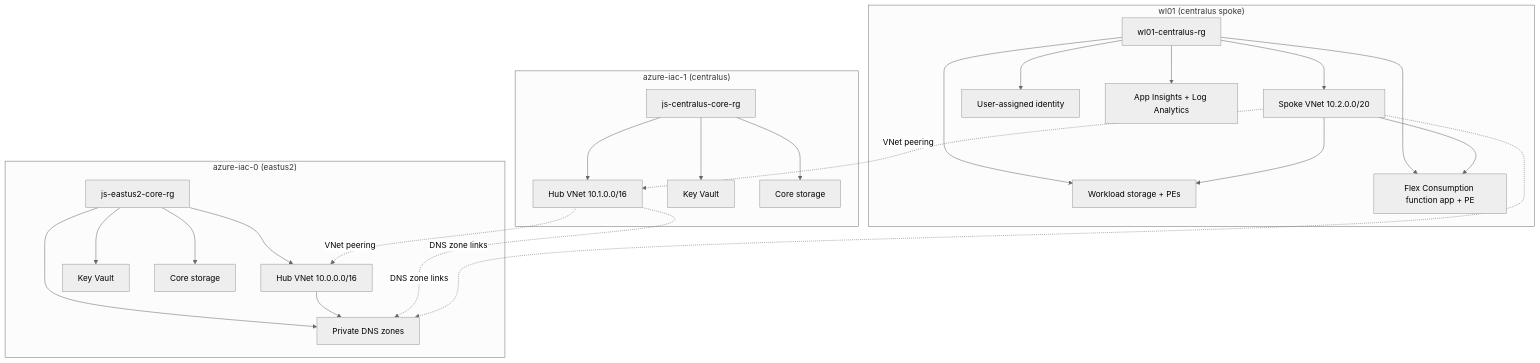
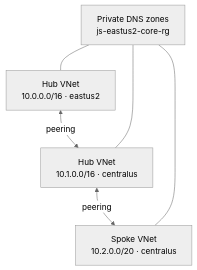
One commit to jshurak/azure-iac changed the second of 2 diagrams in README.md. Above: the diagram before and after it, drawn with Mermaid (neutral theme). The commit also changed other lines of this file, not shown here.

Commit message:
updating graphic in readme

````diff
--- a/README.md
+++ b/README.md
@@ -11,45 +24,15 @@
 ```mermaid
 flowchart TB
-  subgraph eastus2["azure-iac-0 (eastus2)"]
-    RG0["js-eastus2-core-rg"]
-    H0["Hub VNet 10.0.0.0/16"]
-    DNS0["Private DNS zones"]
-    KV0["Key Vault"]
-    SA0["Core storage"]
-    RG0 --> H0
-    RG0 --> DNS0
-    RG0 --> KV0
-    RG0 --> SA0
-    H0 --> DNS0
-  end
+  DNS["Private DNS zones<br/>js-eastus2-core-rg"]
 
-  subgraph centralus["azure-iac-1 (centralus)"]
-    RG1["js-centralus-core-rg"]
-    H1["Hub VNet 10.1.0.0/16"]
-    KV1["Key Vault"]
-    SA1["Core storage"]
-    RG1 --> H1
-    RG1 --> KV1
-    RG1 --> SA1
-    H1 -.->|"VNet peering"| H0
-    H1 -.->|"DNS zone links"| DNS0
-  end
+  H0["Hub VNet<br/>10.0.0.0/16 · eastus2"]
+  H1["Hub VNet<br/>10.1.0.0/16 · centralus"]
+  SP["Spoke VNet<br/>10.2.0.0/20 · centralus"]
 
-  subgraph wl01stack["wl01 (centralus spoke)"]
-    WRG["wl01-centralus-rg"]
-    SPOKE["Spoke VNet 10.2.0.0/20"]
-    ID["User-assigned identity"]
-    WSA["Workload storage + PEs"]
-    AI["App Insights + Log Analytics"]
-    FA["Flex Consumption function app + PE"]
-    WRG --> SPOKE
-    WRG --> ID
-    WRG --> WSA
-    WRG --> AI
-    WRG --> FA
-    SPOKE --> FA
-    SPOKE --> WSA
-    SPOKE -.->|"VNet peering"| H1
-    SPOKE -.->|"DNS zone links"| DNS0
-  end
+  H0 <-->|peering| H1
+  H1 <-->|peering| SP
+
+  DNS --- H0
+  DNS --- H1
+  DNS --- SP
 ```
````
